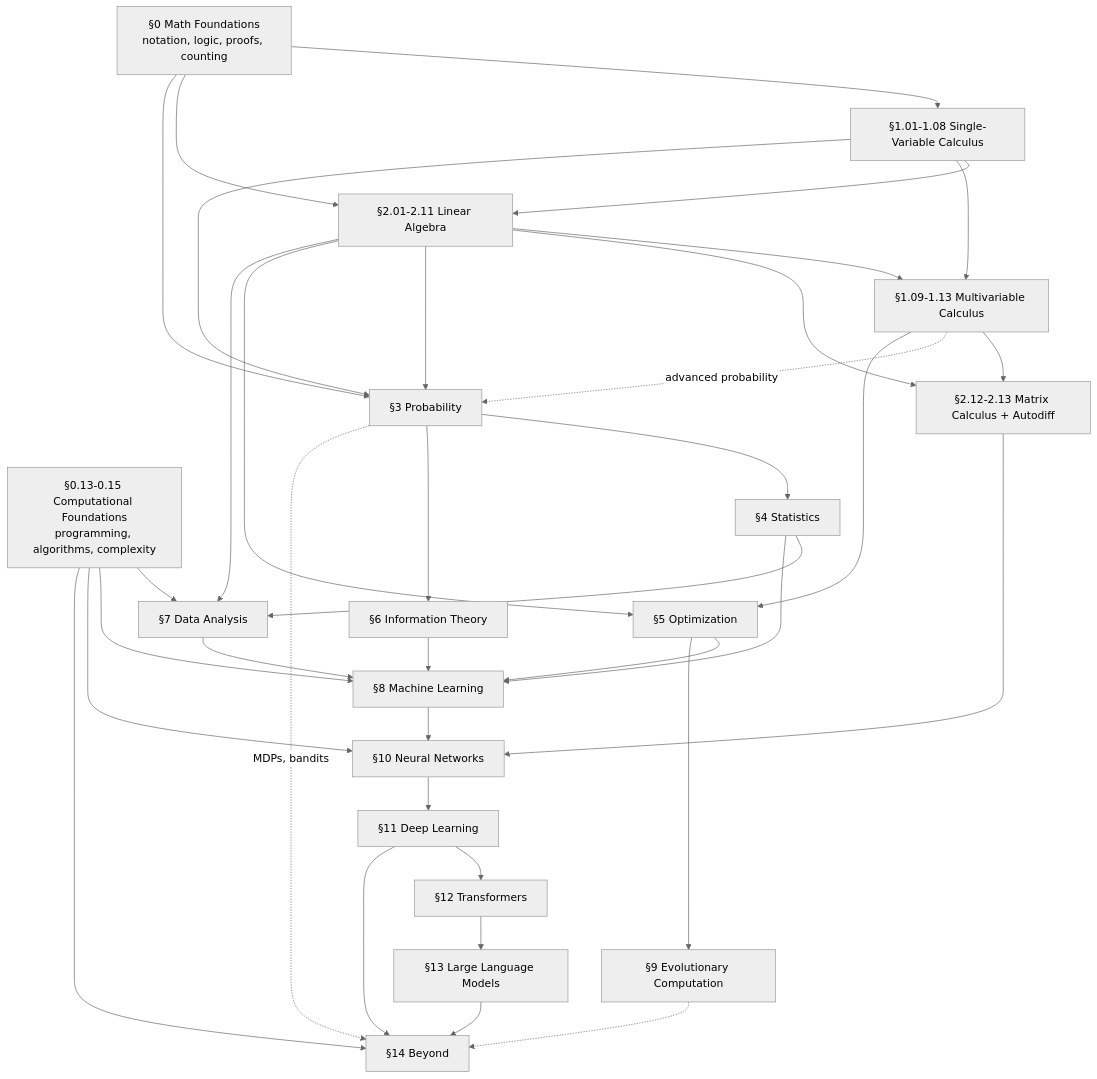
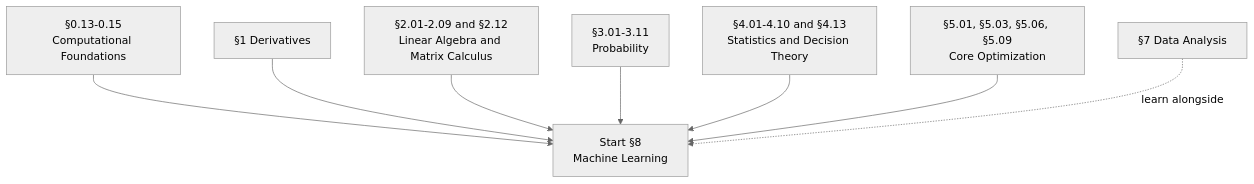
Before and after one commit to schladt/Intelligence-Assembled: the tenth of 16 diagrams in ROADMAP.md, drawn with Mermaid (neutral theme). The commit also changed other lines of this file, not shown here.

Commit message:
Updated dependency graphs

````diff
--- a/ROADMAP.md
+++ b/ROADMAP.md
@@ -93,57 +659,10 @@
 ```mermaid
-graph TD
-  S0["§0 Math Foundations<br/>notation, logic, proofs, counting"]
-  C0["§0.13-0.15 Computational Foundations<br/>programming, algorithms, complexity"]
-  S1a["§1.01-1.08 Single-Variable Calculus"]
-  S2a["§2.01-2.11 Linear Algebra"]
-  S1b["§1.09-1.13 Multivariable Calculus"]
-  S2b["§2.12-2.13 Matrix Calculus + Autodiff"]
-  S3["§3 Probability"]
-  S4["§4 Statistics"]
-  S5["§5 Optimization"]
-  S6["§6 Information Theory"]
-  S7["§7 Data Analysis"]
-  S8["§8 Machine Learning"]
-  S9["§9 Evolutionary Computation"]
-  S10["§10 Neural Networks"]
-  S11["§11 Deep Learning"]
-  S12["§12 Transformers"]
-  S13["§13 Large Language Models"]
-  S14["§14 Beyond"]
-
-  S0 --> S1a
-  S0 --> S2a
-  S0 --> S3
-  C0 --> S7
-  C0 --> S8
-  C0 --> S10
-  C0 --> S14
-  S1a --> S2a
-  S2a --> S1b
-  S1a --> S1b
-  S1b --> S2b
-  S2a --> S2b
-  S1a --> S3
-  S2a --> S3
-  S1b -.->|"advanced probability"| S3
-  S3 --> S4
-  S1b --> S5
-  S2a --> S5
-  S3 --> S6
-  S4 --> S7
-  S2a --> S7
-  S4 --> S8
-  S5 --> S8
-  S6 --> S8
-  S7 --> S8
-  S5 --> S9
-  S2b --> S10
-  S8 --> S10
-  S10 --> S11
-  S11 --> S12
-  S12 --> S13
-  S9 -.-> S14
-  S11 --> S14
-  S13 --> S14
-  S3 -.->|"MDPs, bandits"| S14
+flowchart TD
+  C["§0.13-0.15<br/>Computational Foundations"] --> S8["Start §8<br/>Machine Learning"]
+  D["§1 Derivatives"] --> S8
+  L["§2.01-2.09 and §2.12<br/>Linear Algebra and Matrix Calculus"] --> S8
+  P["§3.01-3.11<br/>Probability"] --> S8
+  ST["§4.01-4.10 and §4.13<br/>Statistics and Decision Theory"] --> S8
+  O["§5.01, §5.03, §5.06, §5.09<br/>Core Optimization"] --> S8
+  DA["§7 Data Analysis"] -.->|"learn alongside"| S8
 ```
````
